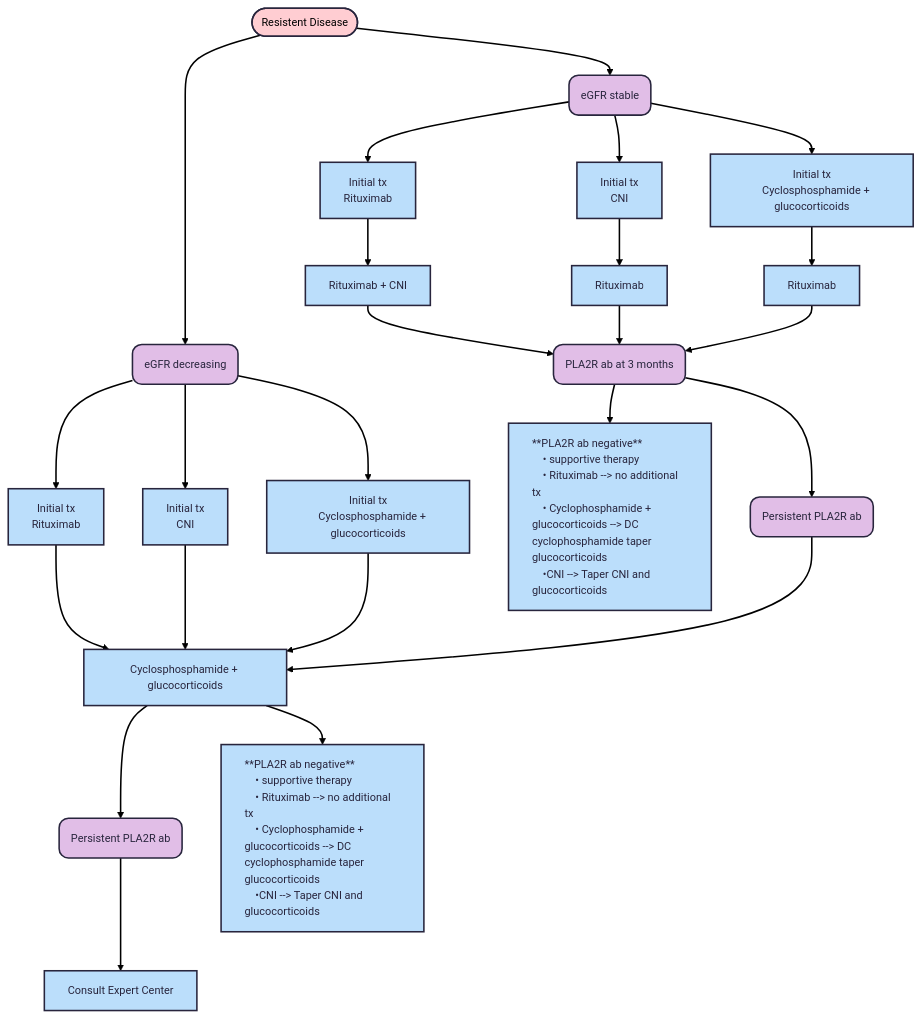
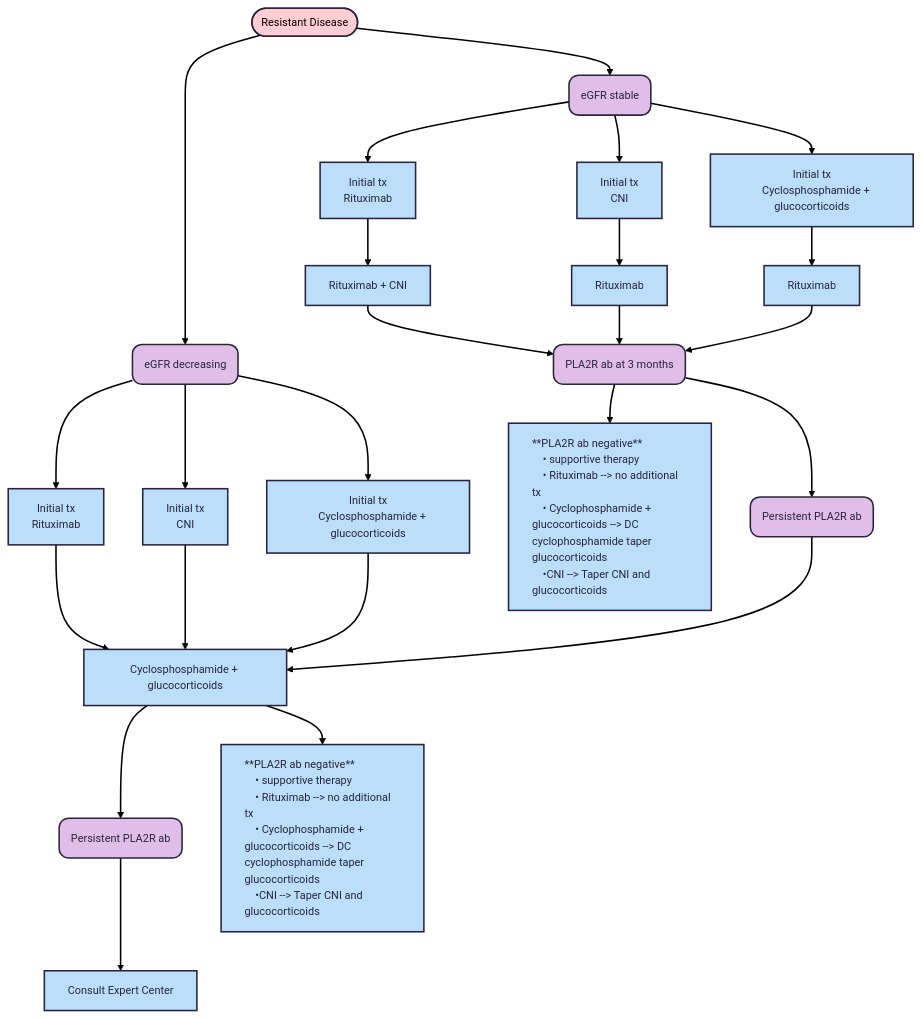
The sixth of 6 diagrams in docs/Membranous.md (TTUNEPH2025/GN), drawn with Mermaid before and after one commit.

````diff
--- a/docs/Membranous.md
+++ b/docs/Membranous.md
@@ -429,61 +429,61 @@
 ```mermaid
 ---
 config:
   theme: redux
 ---
 flowchart TD
-    n32(["Resistent Disease"]) --> n54["eGFR stable"] & n55["eGFR decreasing"]
+    n32(["Resistant Disease"]) --> n54["eGFR stable"] & n55["eGFR decreasing"]
     n54 --> n57["Initial tx 
     Rituximab"] & n58["Initial tx
     CNI"] & n59["Initial tx
     Cyclosphosphamide + glucocorticoids"]
     n55 --> n60["Initial tx
     Rituximab"] & n61["Initial tx
     CNI"] & n62["Initial tx
     Cyclosphosphamide + glucocorticoids"]
     n57 --> n63["Rituximab + CNI"]
     n58 --> n64["Rituximab"]
     n59 --> n65["Rituximab"]
     n60 --> n66["Cyclosphosphamide + glucocorticoids"]
     n61 --> n66
     n62 --> n66
     n63 --> n67["PLA2R ab at 3 months"]
     n64 --> n67
     n65 --> n67
     n67 --> n70["**PLA2R ab negative**
     • supportive therapy
     • Rituximab --> no additional tx
     • Cyclophosphamide + glucocorticoids --> DC cyclophosphamide taper glucocorticoids
     •CNI --> Taper CNI and glucocorticoids"] & n71["Persistent PLA2R ab"]
     n66 --> n68["Persistent PLA2R ab"] & n72["**PLA2R ab negative**
     • supportive therapy
     • Rituximab --> no additional tx
     • Cyclophosphamide + glucocorticoids --> DC cyclophosphamide taper glucocorticoids
     •CNI --> Taper CNI and glucocorticoids"]
     n68 --> n69["Consult Expert Center"]
     n71 --> n66
     n54@{ shape: rounded}
     n55@{ shape: rounded}
     n67@{ shape: rounded}
     n71@{ shape: rounded}
     n68@{ shape: rounded}
     style n32 color:#000000,fill:#FFCDD2
     style n54 fill:#E1BEE7
     style n55 fill:#E1BEE7
     style n57 fill:#BBDEFB
     style n58 fill:#BBDEFB
     style n59 fill:#BBDEFB
     style n60 fill:#BBDEFB
     style n61 fill:#BBDEFB
     style n62 fill:#BBDEFB
     style n63 fill:#BBDEFB
     style n64 fill:#BBDEFB
     style n65 fill:#BBDEFB
     style n66 fill:#BBDEFB
     style n67 fill:#E1BEE7
     style n70 fill:#BBDEFB,text-align:left
     style n71 fill:#E1BEE7
     style n68 fill:#E1BEE7
     style n72 fill:#BBDEFB,text-align:left
     style n69 fill:#BBDEFB
 ```
````
